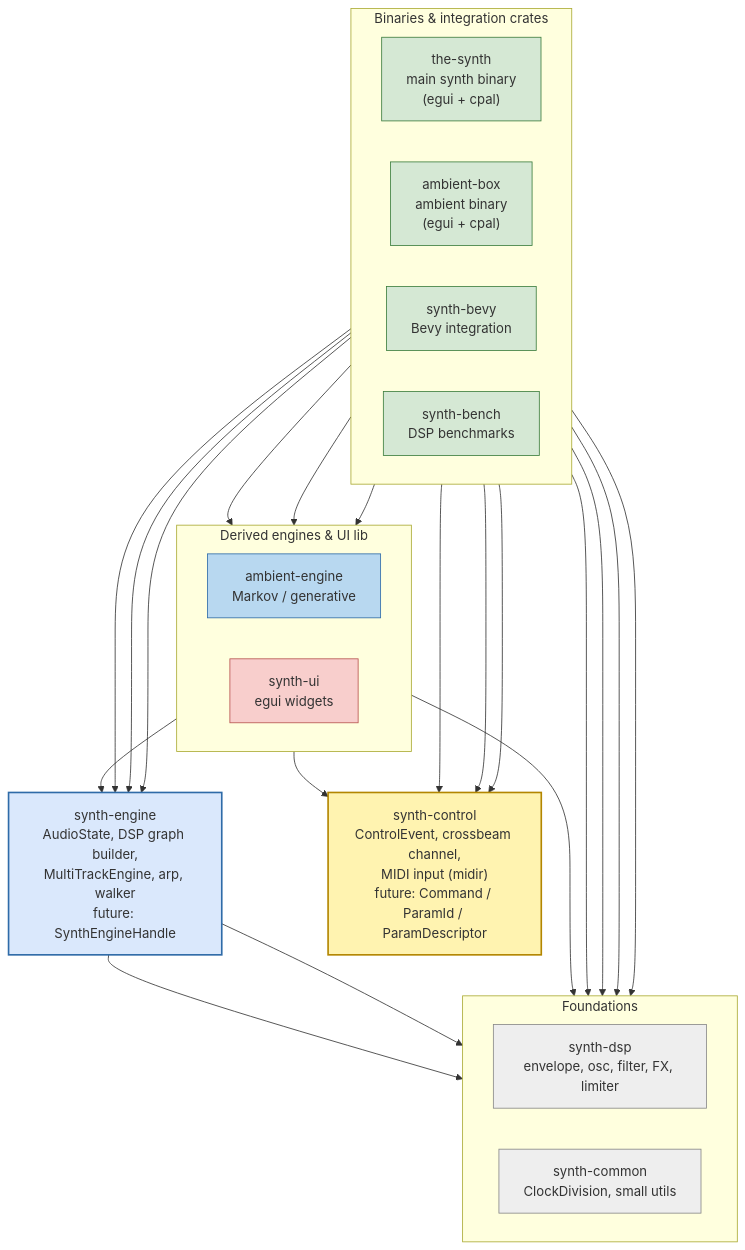
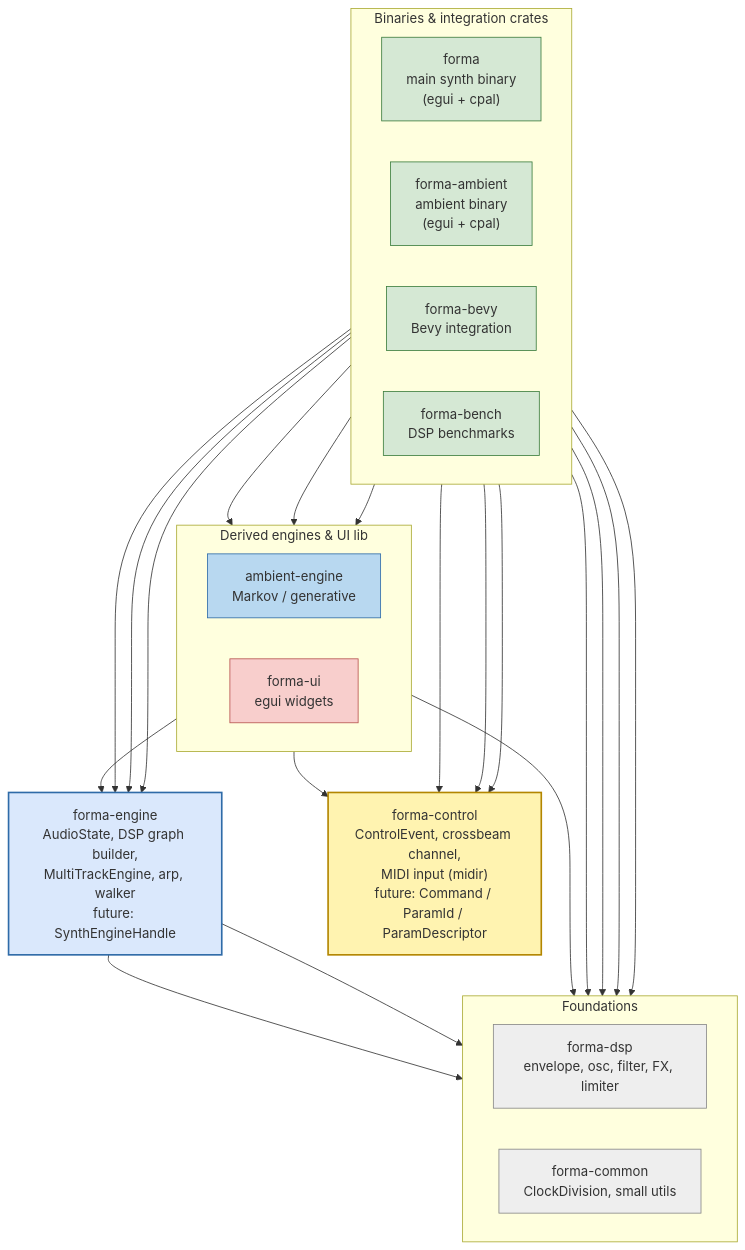
The diagram in doc/headless-engine-review.md (Ven7u/the_synth), drawn with Mermaid before and after one commit. The commit also changed other lines of this file and 143 other files, not shown here.

````diff
--- a/doc/headless-engine-review.md
+++ b/doc/headless-engine-review.md
@@ -15,72 +15,72 @@
 ```mermaid
 flowchart TB
     %% Layer 1 — binaries and integration crates
     subgraph L1["Binaries & integration crates"]
         direction LR
-        TSYN["the-synth<br/>main synth binary<br/>(egui + cpal)"]
-        ABOX["ambient-box<br/>ambient binary<br/>(egui + cpal)"]
-        BEV["synth-bevy<br/>Bevy integration"]
-        BEN["synth-bench<br/>DSP benchmarks"]
+        TSYN["forma<br/>main synth binary<br/>(egui + cpal)"]
+        ABOX["forma-ambient<br/>ambient binary<br/>(egui + cpal)"]
+        BEV["forma-bevy<br/>Bevy integration"]
+        BEN["forma-bench<br/>DSP benchmarks"]
     end
 
     %% Layer 2 — derived engine and UI widget lib
     subgraph L2["Derived engines & UI lib"]
         direction LR
         AENG["ambient-engine<br/>Markov / generative"]
-        UI["synth-ui<br/>egui widgets"]
+        UI["forma-ui<br/>egui widgets"]
     end
 
     %% Layer 3 — core engine
-    ENG["synth-engine<br/>AudioState, DSP graph builder,<br/>MultiTrackEngine, arp, walker<br/>future: SynthEngineHandle"]
+    ENG["forma-engine<br/>AudioState, DSP graph builder,<br/>MultiTrackEngine, arp, walker<br/>future: SynthEngineHandle"]
 
     %% Layer 4 — protocol / control surface
-    CTRL["synth-control<br/>ControlEvent, crossbeam channel,<br/>MIDI input (midir)<br/>future: Command / ParamId / ParamDescriptor"]
+    CTRL["forma-control<br/>ControlEvent, crossbeam channel,<br/>MIDI input (midir)<br/>future: Command / ParamId / ParamDescriptor"]
 
     %% Layer 5 — foundations
     subgraph L5["Foundations"]
         direction LR
-        DSP["synth-dsp<br/>envelope, osc, filter, FX, limiter"]
-        COMMON["synth-common<br/>ClockDivision, small utils"]
+        DSP["forma-dsp<br/>envelope, osc, filter, FX, limiter"]
+        COMMON["forma-common<br/>ClockDivision, small utils"]
     end
 
     %% Binary deps
     TSYN --> ENG
     TSYN --> CTRL
     TSYN --> DSP
     TSYN --> COMMON
 
     ABOX --> AENG
     ABOX --> ENG
     ABOX --> CTRL
     ABOX --> COMMON
     ABOX --> UI
 
     BEV --> AENG
     BEV --> ENG
     BEV --> CTRL
 
     BEN --> DSP
 
     %% Derived engine deps
     AENG --> ENG
     AENG --> CTRL
     AENG --> COMMON
 
     %% Core engine deps
     ENG --> DSP
     ENG --> COMMON
 
     classDef foundation fill:#eee,stroke:#888
     classDef core fill:#dae8fc,stroke:#2f6ba8,stroke-width:2px
     classDef derived fill:#b8d8f0,stroke:#2f6ba8
     classDef protocol fill:#fff3b0,stroke:#b38600,stroke-width:2px
     classDef bin fill:#d5e8d4,stroke:#3c7d3e
     classDef util fill:#f8cecc,stroke:#b85450
 
     class DSP,COMMON foundation
     class ENG core
     class AENG derived
     class CTRL protocol
     class TSYN,ABOX,BEV,BEN bin
     class UI util
 ```
````
